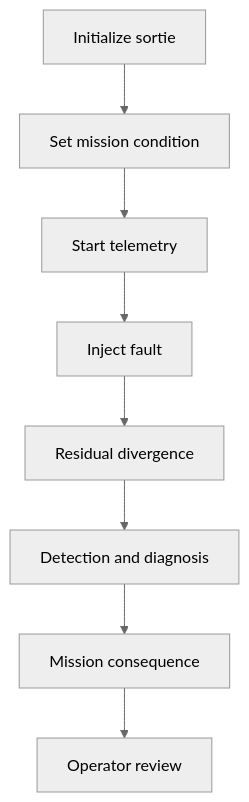
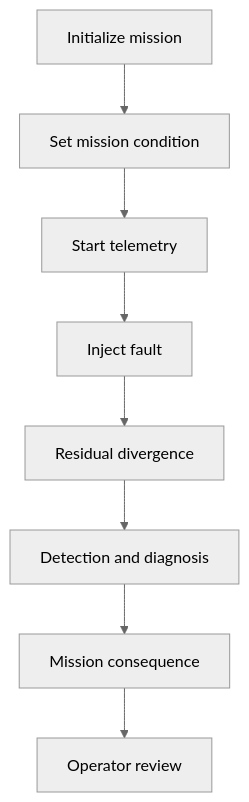
Before and after one commit to Aayush-Deshpande/Maverick: the diagram in docs_site/technical/22-end-to-end-demonstration.md, drawn with Mermaid (neutral theme). The commit also changed other lines of this file and 23 other files, not shown here.

````diff
--- a/docs_site/technical/22-end-to-end-demonstration.md
+++ b/docs_site/technical/22-end-to-end-demonstration.md
@@ -57,10 +57,10 @@
 ```mermaid
 flowchart TB
-    A[Initialize sortie] --> B[Set mission condition]
+    A[Initialize mission] --> B[Set mission condition]
     B --> C[Start telemetry]
     C --> D[Inject fault]
     D --> E[Residual divergence]
     E --> F[Detection and diagnosis]
     F --> G[Mission consequence]
     G --> H[Operator review]
 ```
````
